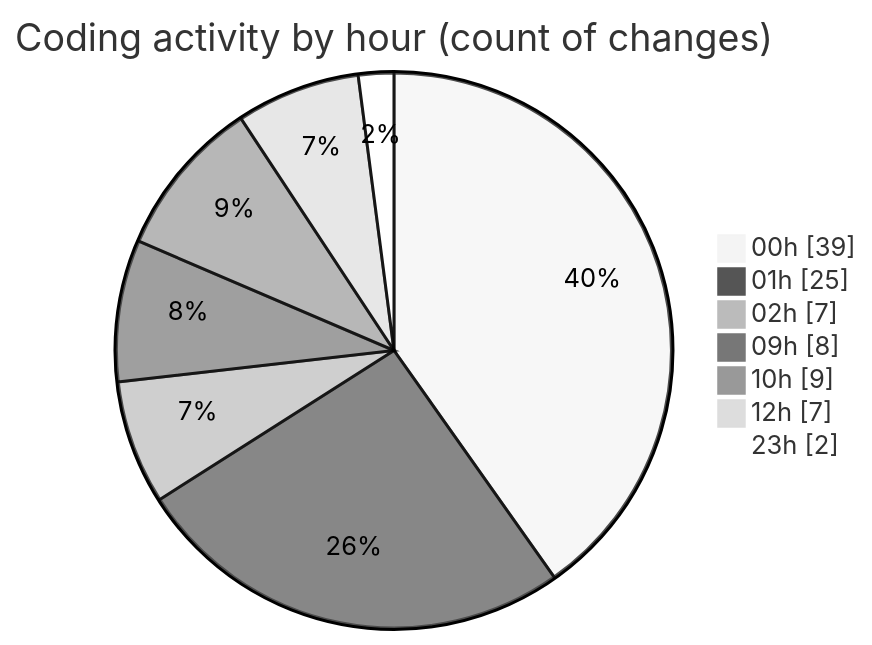
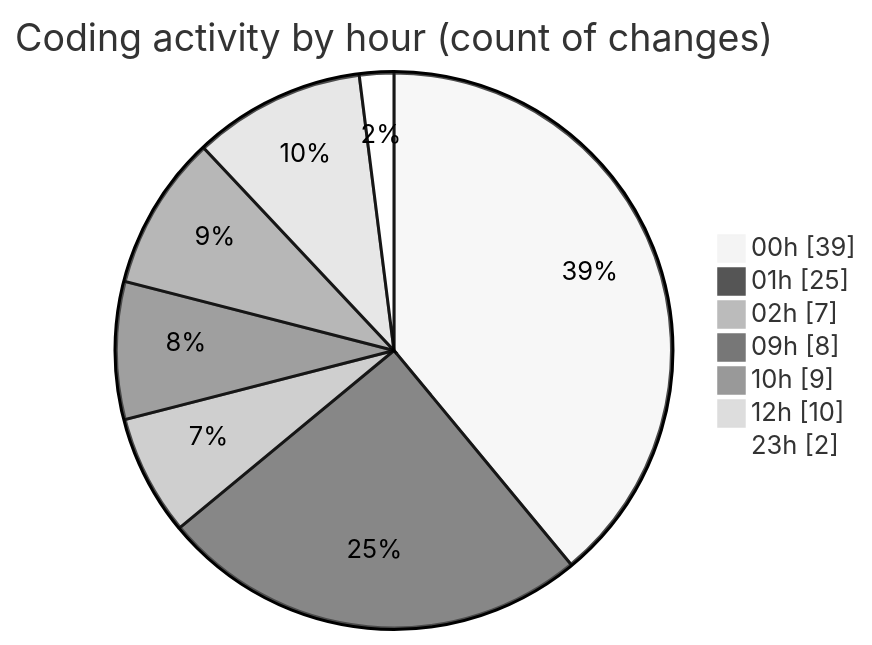
The second of 2 diagrams in 2025-10-10/eventscop-frontend-guide__workspace_/README.md (julien-gomy/code-tracking), drawn with Mermaid (neutral theme) before and after one commit. The commit also changed other lines of this file and 1 other file, not shown here.

````diff
--- a/2025-10-10/eventscop-frontend-guide__workspace_/README.md
+++ b/2025-10-10/eventscop-frontend-guide__workspace_/README.md
@@ -39,11 +40,11 @@
 ```mermaid
 pie showData
 title Coding activity by hour (count of changes)
 "00h" : 39
 "01h" : 25
 "02h" : 7
 "09h" : 8
 "10h" : 9
-"12h" : 7
+"12h" : 10
 "23h" : 2
 ```
````
